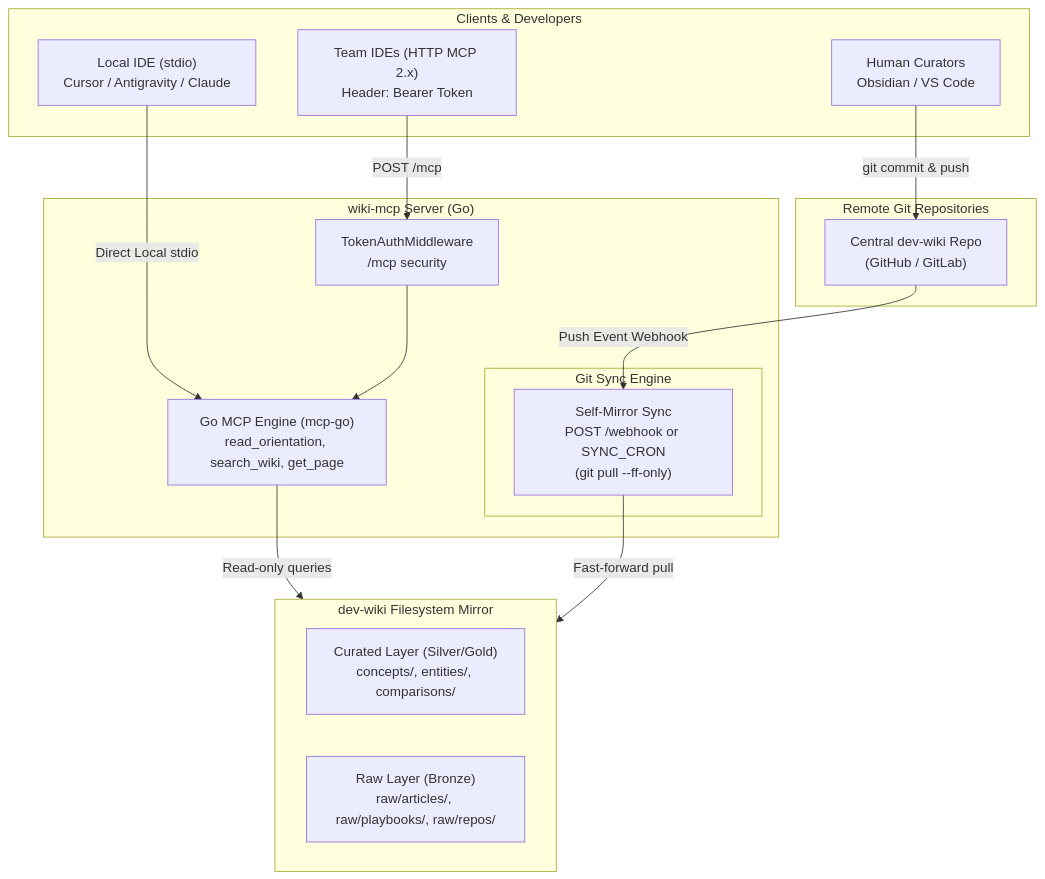
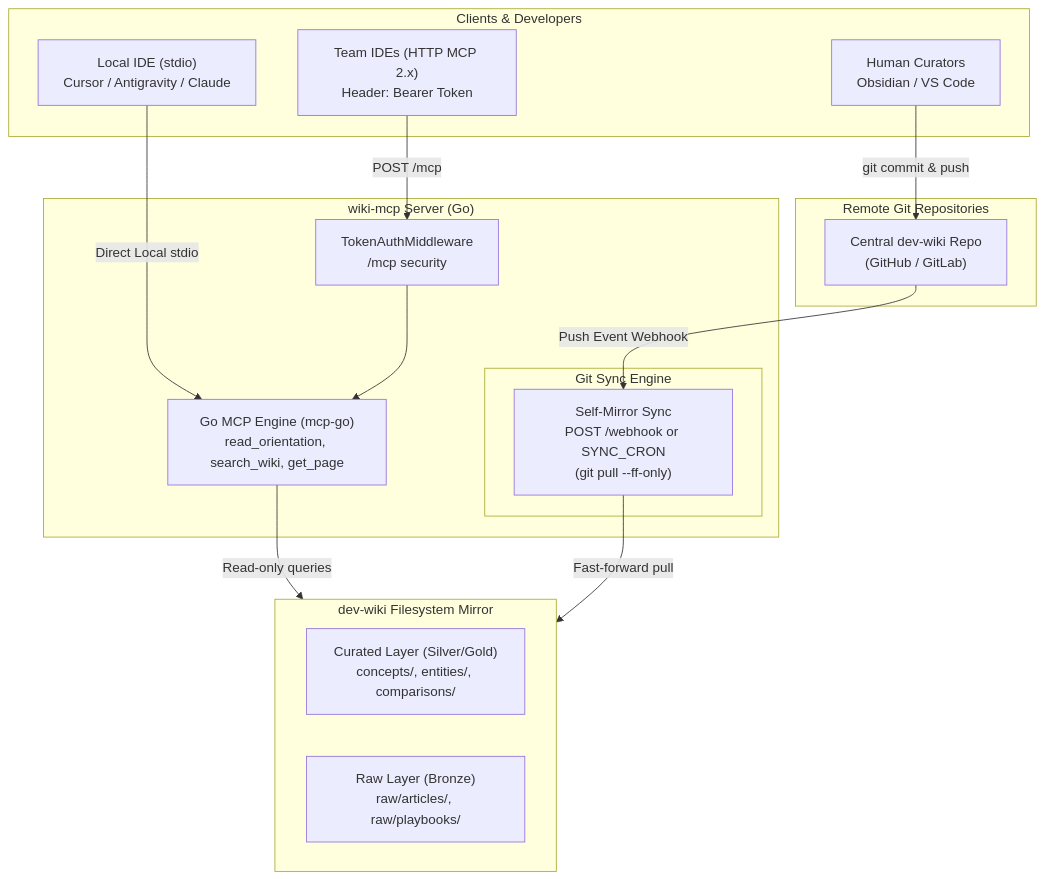
One commit to Paolo-Formici/wiki-mcp changed the diagram in README.md. Above: the diagram before and after it, drawn with Mermaid. The commit also changed other lines of this file, not shown here.

````diff
--- a/README.md
+++ b/README.md
@@ -173,37 +164,37 @@
 ```mermaid
 flowchart TB
     subgraph Clients["Clients & Developers"]
         IDE1["Local IDE (stdio)<br/>Cursor / Antigravity / Claude"]
         IDE2["Team IDEs (HTTP MCP 2.x)<br/>Header: Bearer Token"]
         HumanDev["Human Curators<br/>Obsidian / VS Code"]
     end
 
     subgraph Server["wiki-mcp Server (Go)"]
         AuthMiddleware["TokenAuthMiddleware<br/>/mcp security"]
         GoMCPEngine["Go MCP Engine (mcp-go)<br/>read_orientation, search_wiki, get_page"]
         
         subgraph SyncEngine["Git Sync Engine"]
             WikiPull["Self-Mirror Sync<br/>POST /webhook or SYNC_CRON<br/>(git pull --ff-only)"]
         end
     end
 
     subgraph Storage["dev-wiki Filesystem Mirror"]
         Curated["Curated Layer (Silver/Gold)<br/>concepts/, entities/, comparisons/"]
-        Raw["Raw Layer (Bronze)<br/>raw/articles/, raw/playbooks/, raw/repos/"]
+        Raw["Raw Layer (Bronze)<br/>raw/articles/, raw/playbooks/"]
     end
 
     subgraph Remotes["Remote Git Repositories"]
         WikiRemote["Central dev-wiki Repo<br/>(GitHub / GitLab)"]
     end
 
     %% Client flows
     IDE1 -->|"Direct Local stdio"| GoMCPEngine
     IDE2 -->|"POST /mcp"| AuthMiddleware
     AuthMiddleware --> GoMCPEngine
     GoMCPEngine -->|"Read-only queries"| Storage
     HumanDev -->|"git commit & push"| WikiRemote
 
     %% Webhook & Sync flows
     WikiRemote -->|"Push Event Webhook"| WikiPull
     WikiPull -->|"Fast-forward pull"| Storage
 ```
````
